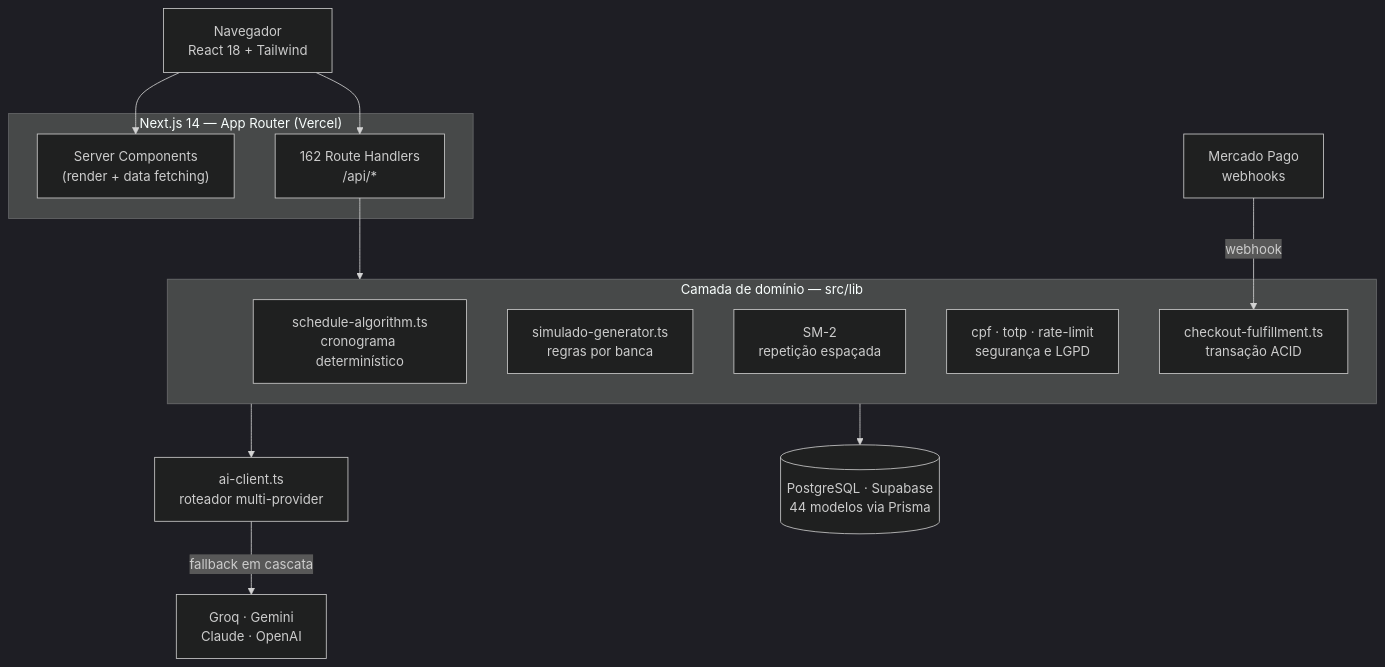
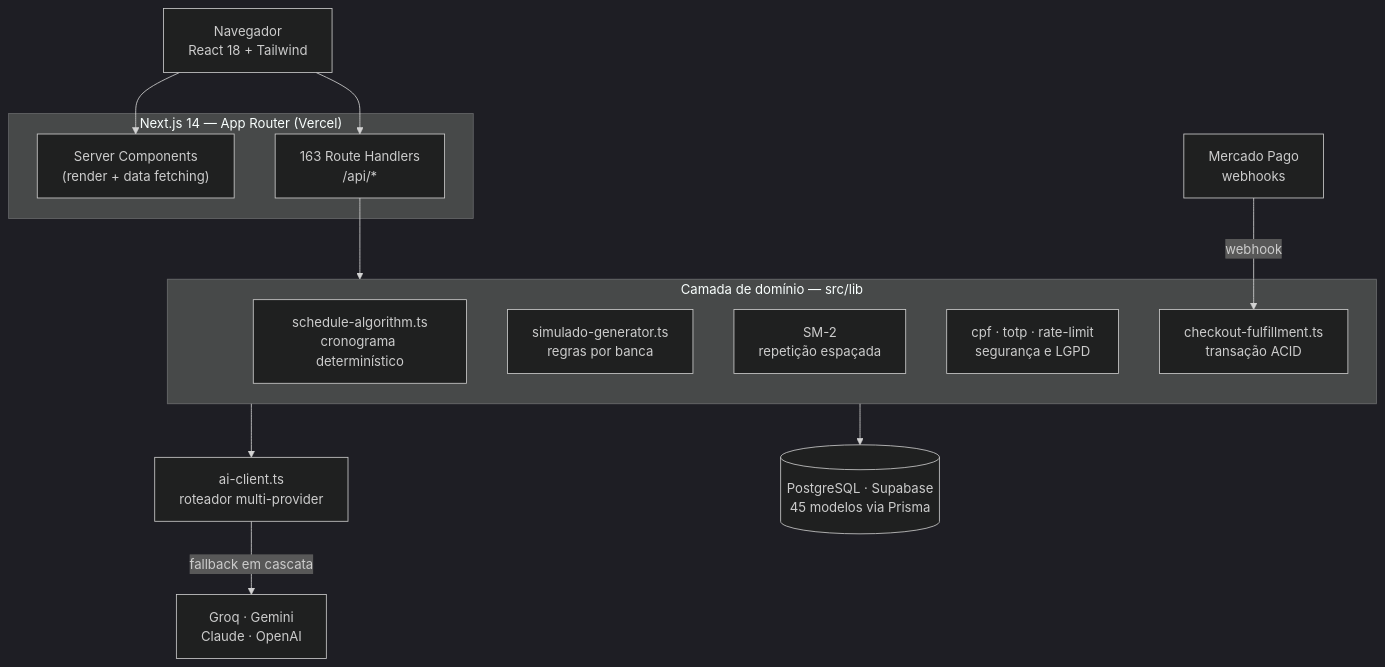
One commit to Lucascarvalho20/gabaritai changed the first of 2 diagrams in README.md. Above: the diagram before and after it, drawn with Mermaid (dark theme). The commit also changed other lines of this file and 1 other file, not shown here.

````diff
--- a/README.md
+++ b/README.md
@@ -20,28 +20,28 @@
 ```mermaid
 flowchart TB
     Browser["Navegador<br/>React 18 + Tailwind"]
 
     subgraph Next["Next.js 14 — App Router (Vercel)"]
         RSC["Server Components<br/>(render + data fetching)"]
-        API["162 Route Handlers<br/>/api/*"]
+        API["163 Route Handlers<br/>/api/*"]
     end
 
     subgraph Dominio["Camada de domínio — src/lib"]
         SCHED["schedule-algorithm.ts<br/>cronograma determinístico"]
         SIM["simulado-generator.ts<br/>regras por banca"]
         SM2["SM-2<br/>repetição espaçada"]
         SEC["cpf · totp · rate-limit<br/>segurança e LGPD"]
         FULFILL["checkout-fulfillment.ts<br/>transação ACID"]
     end
 
     AI["ai-client.ts<br/>roteador multi-provider"]
-    DB[("PostgreSQL · Supabase<br/>44 modelos via Prisma")]
+    DB[("PostgreSQL · Supabase<br/>45 modelos via Prisma")]
     PAY["Mercado Pago<br/>webhooks"]
 
     Browser --> RSC & API
     API --> Dominio
     Dominio --> DB
     Dominio --> AI
     AI -->|"fallback em cascata"| LLM["Groq · Gemini<br/>Claude · OpenAI"]
     PAY -->|webhook| FULFILL
 ```
````
